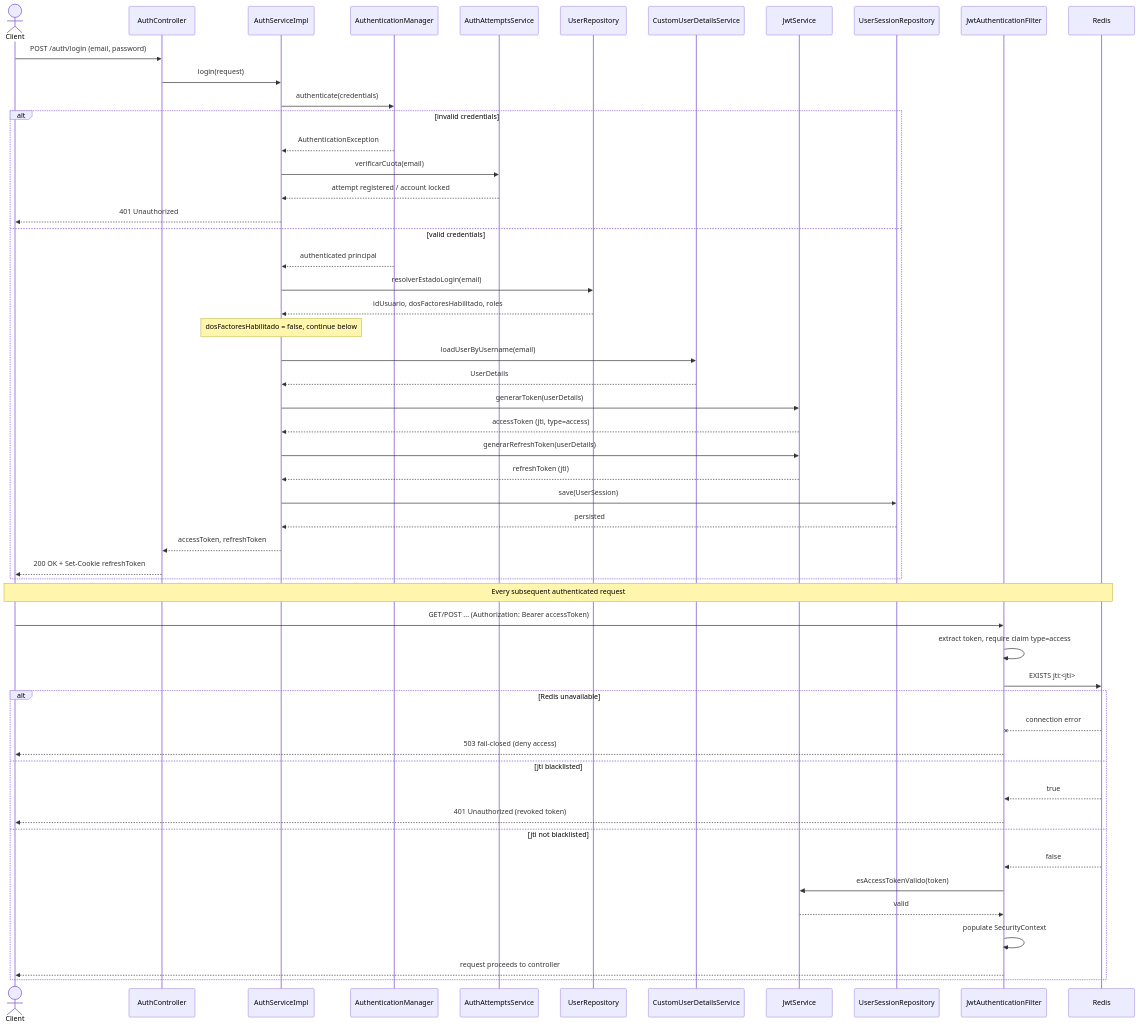
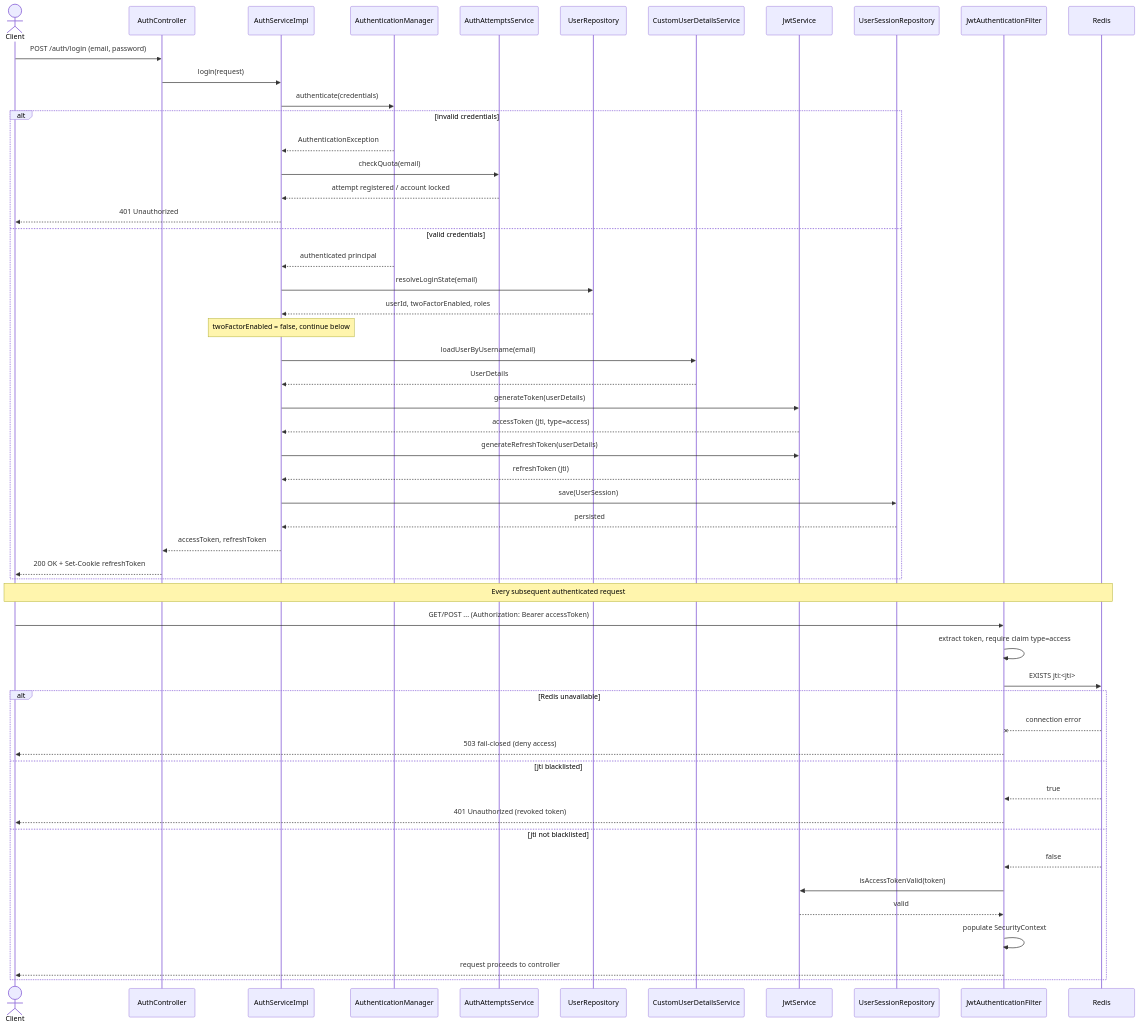
The second of 4 diagrams in docs/diagramas/Secuencia_Login_JWT.md (JohanCarvajal04/Proyecto-WEB-ARTISYNC), drawn with Mermaid before and after one commit. The commit also changed other lines of this file and 7 other files, not shown here.

First line of the commit message:
docs(diagramas): traducir a ingles ER, secuencia login, C4 y clases (E3)

````diff
--- a/docs/diagramas/Secuencia_Login_JWT.md
+++ b/docs/diagramas/Secuencia_Login_JWT.md
@@ -95,57 +95,57 @@
 ```mermaid
 sequenceDiagram
     actor Client
     participant AuthCtrl as AuthController
     participant AuthSvc as AuthServiceImpl
     participant AuthMgr as AuthenticationManager
     participant Quota as AuthAttemptsService
     participant UserRepo as UserRepository
     participant UDS as CustomUserDetailsService
     participant JwtSvc as JwtService
     participant SessionRepo as UserSessionRepository
     participant Filter as JwtAuthenticationFilter
     participant Redis
 
     Client->>AuthCtrl: POST /auth/login (email, password)
     AuthCtrl->>AuthSvc: login(request)
     AuthSvc->>AuthMgr: authenticate(credentials)
     alt invalid credentials
         AuthMgr-->>AuthSvc: AuthenticationException
-        AuthSvc->>Quota: verificarCuota(email)
+        AuthSvc->>Quota: checkQuota(email)
         Quota-->>AuthSvc: attempt registered / account locked
         AuthSvc-->>Client: 401 Unauthorized
     else valid credentials
         AuthMgr-->>AuthSvc: authenticated principal
-        AuthSvc->>UserRepo: resolverEstadoLogin(email)
-        UserRepo-->>AuthSvc: idUsuario, dosFactoresHabilitado, roles
-        Note over AuthSvc: dosFactoresHabilitado = false, continue below
+        AuthSvc->>UserRepo: resolveLoginState(email)
+        UserRepo-->>AuthSvc: userId, twoFactorEnabled, roles
+        Note over AuthSvc: twoFactorEnabled = false, continue below
         AuthSvc->>UDS: loadUserByUsername(email)
         UDS-->>AuthSvc: UserDetails
-        AuthSvc->>JwtSvc: generarToken(userDetails)
+        AuthSvc->>JwtSvc: generateToken(userDetails)
         JwtSvc-->>AuthSvc: accessToken (jti, type=access)
-        AuthSvc->>JwtSvc: generarRefreshToken(userDetails)
+        AuthSvc->>JwtSvc: generateRefreshToken(userDetails)
         JwtSvc-->>AuthSvc: refreshToken (jti)
         AuthSvc->>SessionRepo: save(UserSession)
         SessionRepo-->>AuthSvc: persisted
         AuthSvc-->>AuthCtrl: accessToken, refreshToken
         AuthCtrl-->>Client: 200 OK + Set-Cookie refreshToken
     end
 
     Note over Client,Redis: Every subsequent authenticated request
     Client->>Filter: GET/POST ... (Authorization: Bearer accessToken)
     Filter->>Filter: extract token, require claim type=access
     Filter->>Redis: EXISTS jti:<jti>
     alt Redis unavailable
         Redis--xFilter: connection error
         Filter-->>Client: 503 fail-closed (deny access)
     else jti blacklisted
         Redis-->>Filter: true
         Filter-->>Client: 401 Unauthorized (revoked token)
     else jti not blacklisted
         Redis-->>Filter: false
-        Filter->>JwtSvc: esAccessTokenValido(token)
+        Filter->>JwtSvc: isAccessTokenValid(token)
         JwtSvc-->>Filter: valid
         Filter->>Filter: populate SecurityContext
         Filter-->>Client: request proceeds to controller
     end
 ```
````
